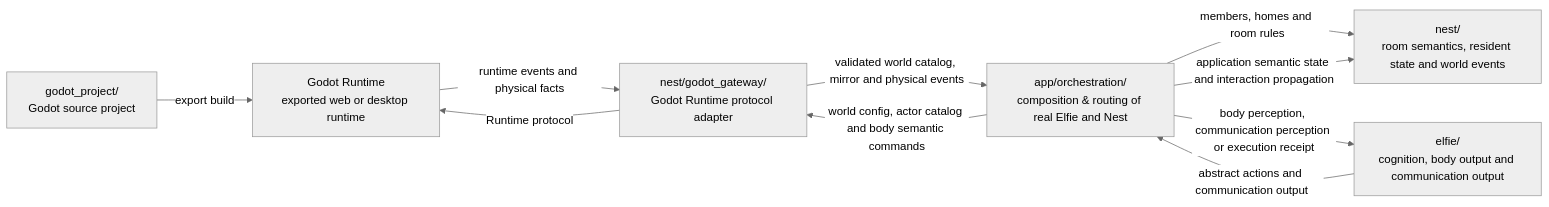
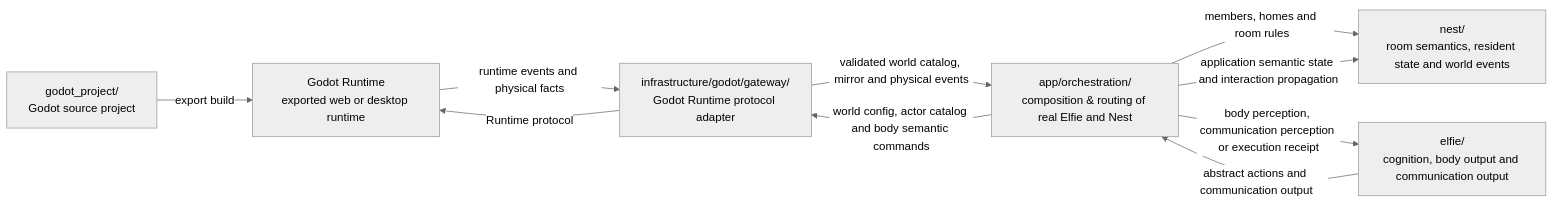
One commit to elfie-univ/ElfieNest changed the diagram in docs/developer/architecture/index.md. Above: the diagram before and after it, drawn with Mermaid (neutral theme). The commit also changed other lines of this file and 40 other files, not shown here.

Commit message:
refactor(godot): move gateway transport to infrastructure

````diff
--- a/docs/developer/architecture/index.md
+++ b/docs/developer/architecture/index.md
@@ -72,19 +73,19 @@
 ```mermaid
 flowchart LR
     Source["godot_project/<br/>Godot source project"]
     Runtime["Godot Runtime<br/>exported web or desktop runtime"]
     Elfie["elfie/<br/>cognition, body output and communication output"]
     Orchestration["app/orchestration/<br/>composition & routing of real Elfie and Nest"]
     Nest["nest/<br/>room semantics, resident state and world events"]
-    Adapter["nest/godot_gateway/<br/>Godot Runtime protocol adapter"]
+    Adapter["infrastructure/godot/gateway/<br/>Godot Runtime protocol adapter"]
 
     Source -->|"export build"| Runtime
     Elfie -->|"abstract actions and communication output"| Orchestration
     Orchestration -->|"members, homes and room rules"| Nest
     Orchestration -->|"world config, actor catalog and body semantic commands"| Adapter
     Adapter -->|"Runtime protocol"| Runtime
     Runtime -->|"runtime events and physical facts"| Adapter
     Adapter -->|"validated world catalog, mirror and physical events"| Orchestration
     Orchestration -->|"application semantic state and interaction propagation"| Nest
     Orchestration -->|"body perception, communication perception or execution receipt"| Elfie
 ```
````
